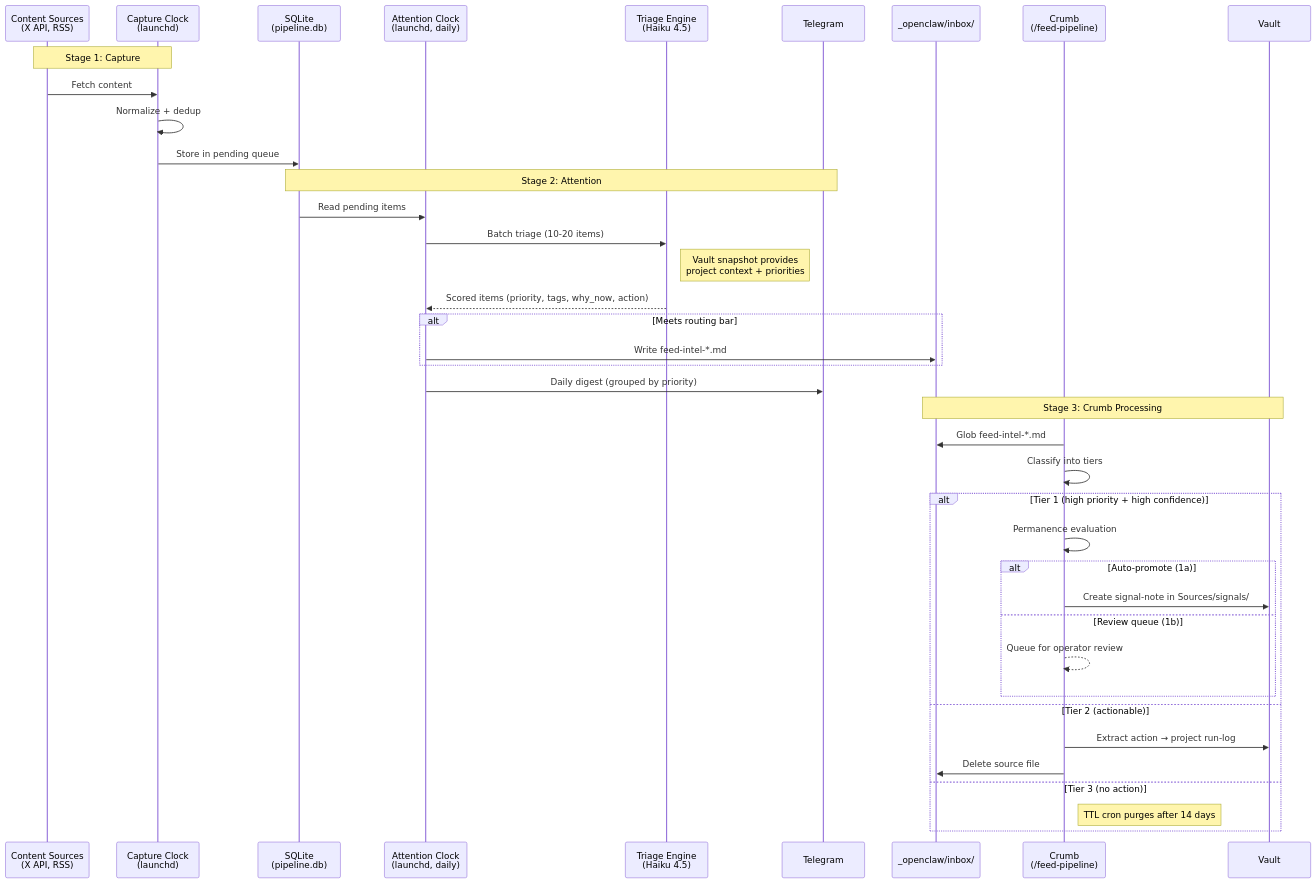
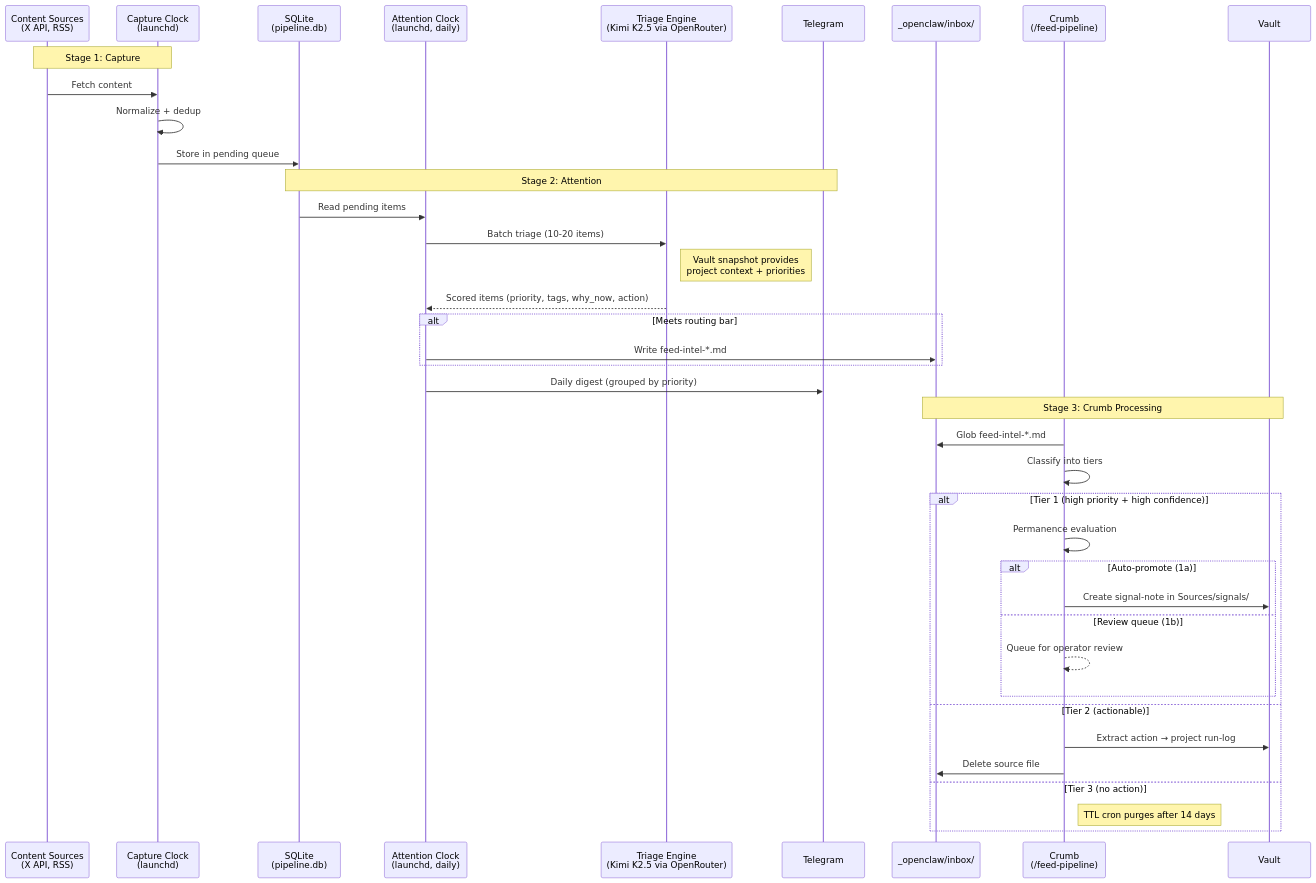
The third of 6 diagrams in _system/docs/architecture/03-runtime-views.md (djt71/crumb-vault-mirror), drawn with Mermaid before and after one commit. The commit also changed other lines of this file and 15 other files, not shown here.

Commit message:
sync: docs(architecture): M2 refresh — all 6 Arc42 sections updated to 2026-04-11 state

````diff
--- a/_system/docs/architecture/03-runtime-views.md
+++ b/_system/docs/architecture/03-runtime-views.md
@@ -144,47 +146,47 @@
 ```mermaid
 %%{init: {'theme': 'default'}}%%
 sequenceDiagram
     participant Src as Content Sources<br/>(X API, RSS)
     participant Cap as Capture Clock<br/>(launchd)
     participant DB as SQLite<br/>(pipeline.db)
     participant Att as Attention Clock<br/>(launchd, daily)
-    participant Haiku as Triage Engine<br/>(Haiku 4.5)
+    participant Triage as Triage Engine<br/>(Kimi K2.5 via OpenRouter)
     participant TG as Telegram
     participant Inbox as _openclaw/inbox/
     participant Crumb as Crumb<br/>(/feed-pipeline)
     participant Vault
 
     Note over Src,Cap: Stage 1: Capture
     Src->>Cap: Fetch content
     Cap->>Cap: Normalize + dedup
     Cap->>DB: Store in pending queue
 
     Note over DB,TG: Stage 2: Attention
     DB->>Att: Read pending items
-    Att->>Haiku: Batch triage (10-20 items)
-    Note right of Haiku: Vault snapshot provides<br/>project context + priorities
-    Haiku-->>Att: Scored items (priority, tags, why_now, action)
+    Att->>Triage: Batch triage (10-20 items)
+    Note right of Triage: Vault snapshot provides<br/>project context + priorities
+    Triage-->>Att: Scored items (priority, tags, why_now, action)
 
     alt Meets routing bar
         Att->>Inbox: Write feed-intel-*.md
     end
     Att->>TG: Daily digest (grouped by priority)
 
     Note over Inbox,Vault: Stage 3: Crumb Processing
     Crumb->>Inbox: Glob feed-intel-*.md
     Crumb->>Crumb: Classify into tiers
 
     alt Tier 1 (high priority + high confidence)
         Crumb->>Crumb: Permanence evaluation
         alt Auto-promote (1a)
             Crumb->>Vault: Create signal-note in Sources/signals/
         else Review queue (1b)
             Crumb-->>Crumb: Queue for operator review
         end
     else Tier 2 (actionable)
         Crumb->>Vault: Extract action → project run-log
         Crumb->>Inbox: Delete source file
     else Tier 3 (no action)
         Note right of Crumb: TTL cron purges after 14 days
     end
 ```
````
